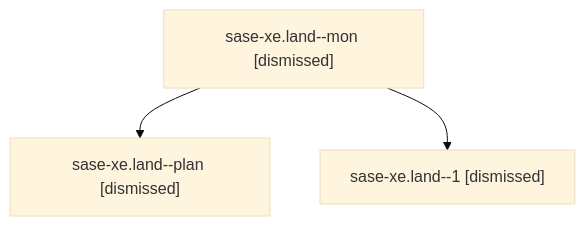
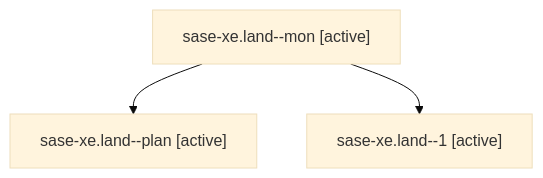
Before and after one commit to sase-org/sase--agents: the diagram in families/bbugyi200.athena.sase-xe.land.md, drawn with Mermaid (base theme). The commit also changed other lines of this file and 35830 other files, not shown here.

````diff
--- a/families/bbugyi200.athena.sase-xe.land.md
+++ b/families/bbugyi200.athena.sase-xe.land.md
@@ -9,8 +9,8 @@
 ```mermaid
 flowchart TD
-  n0["sase-xe.land--mon [dismissed]"]
-  n1["sase-xe.land--plan [dismissed]"]
+  n0["sase-xe.land--mon [active]"]
+  n1["sase-xe.land--plan [active]"]
   n0 --> n1
-  n2["sase-xe.land--1 [dismissed]"]
+  n2["sase-xe.land--1 [active]"]
   n0 --> n2
 ```
````
